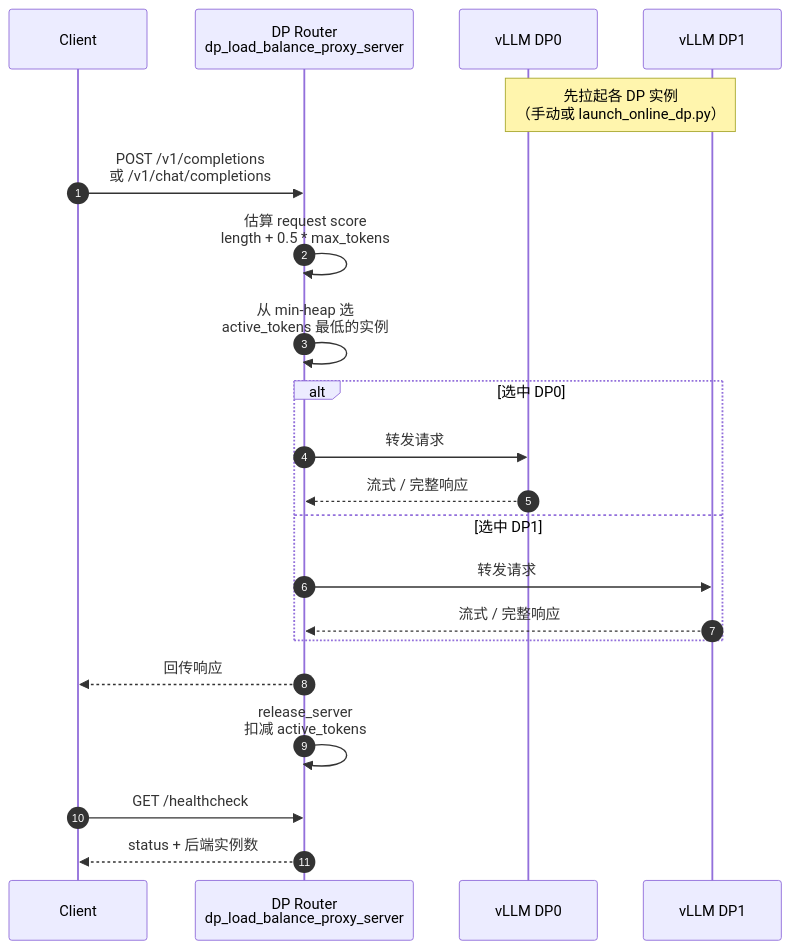
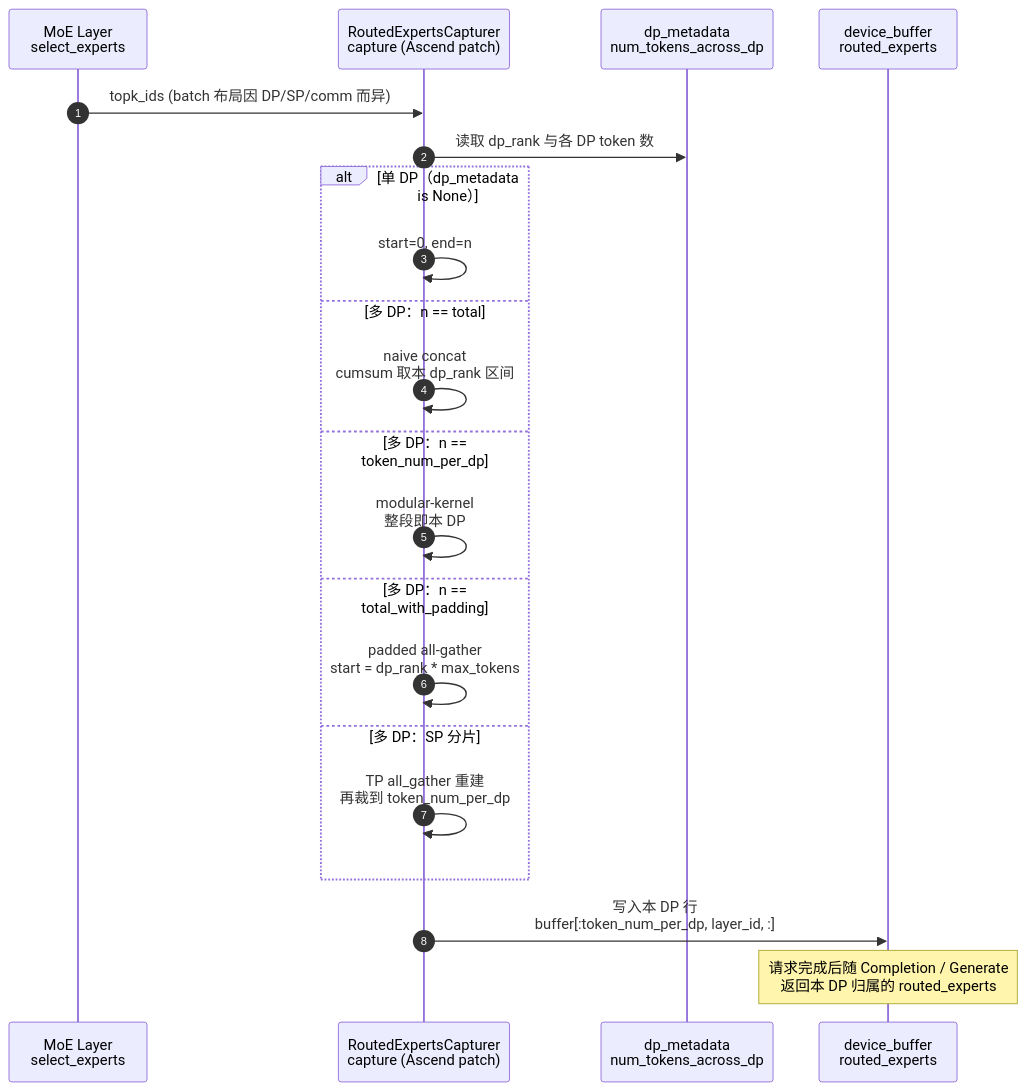
Before and after one commit to yjyang62/vllm-ascend: the diagram in docs/source/user_guide/feature_guide/dp_aware_router.md, drawn with Mermaid. The commit also changed other lines of this file and 3 other files, not shown here.

First line of the commit message:
docs: restore DP-aware MoE Router content with sequenceDiagram format

````diff
--- a/docs/source/user_guide/feature_guide/dp_aware_router.md
+++ b/docs/source/user_guide/feature_guide/dp_aware_router.md
@@ -54,26 +50,24 @@
 ```mermaid
 sequenceDiagram
     autonumber
-    participant C as Client
-    participant R as DP Router<br/>dp_load_balance_proxy_server
-    participant D0 as vLLM DP0
-    participant D1 as vLLM DP1
+    participant M as MoE Layer<br/>select_experts
+    participant C as RoutedExpertsCapturer<br/>capture (Ascend patch)
+    participant D as dp_metadata<br/>num_tokens_across_dp
+    participant B as device_buffer<br/>routed_experts
 
-    Note over D0,D1: 先拉起各 DP 实例<br/>（手动或 launch_online_dp.py）
-
-    C->>R: POST /v1/completions<br/>或 /v1/chat/completions
-    R->>R: 估算 request score<br/>length + 0.5 * max_tokens
-    R->>R: 从 min-heap 选<br/>active_tokens 最低的实例
-    alt 选中 DP0
-        R->>D0: 转发请求
-        D0-->>R: 流式 / 完整响应
-    else 选中 DP1
-        R->>D1: 转发请求
-        D1-->>R: 流式 / 完整响应
+    M->>C: topk_ids (batch 布局因 DP/SP/comm 而异)
+    C->>D: 读取 dp_rank 与各 DP token 数
+    alt 单 DP（dp_metadata is None）
+        C->>C: start=0, end=n
+    else 多 DP：n == total
+        C->>C: naive concat<br/>cumsum 取本 dp_rank 区间
+    else 多 DP：n == token_num_per_dp
+        C->>C: modular-kernel<br/>整段即本 DP
+    else 多 DP：n == total_with_padding
+        C->>C: padded all-gather<br/>start = dp_rank * max_tokens
+    else 多 DP：SP 分片
+        C->>C: TP all_gather 重建<br/>再裁到 token_num_per_dp
     end
-    R-->>C: 回传响应
-    R->>R: release_server<br/>扣减 active_tokens
-
-    C->>R: GET /healthcheck
-    R-->>C: status + 后端实例数
+    C->>B: 写入本 DP 行<br/>buffer[:token_num_per_dp, layer_id, :]
+    Note over B: 请求完成后随 Completion / Generate<br/>返回本 DP 归属的 routed_experts
 ```
````
